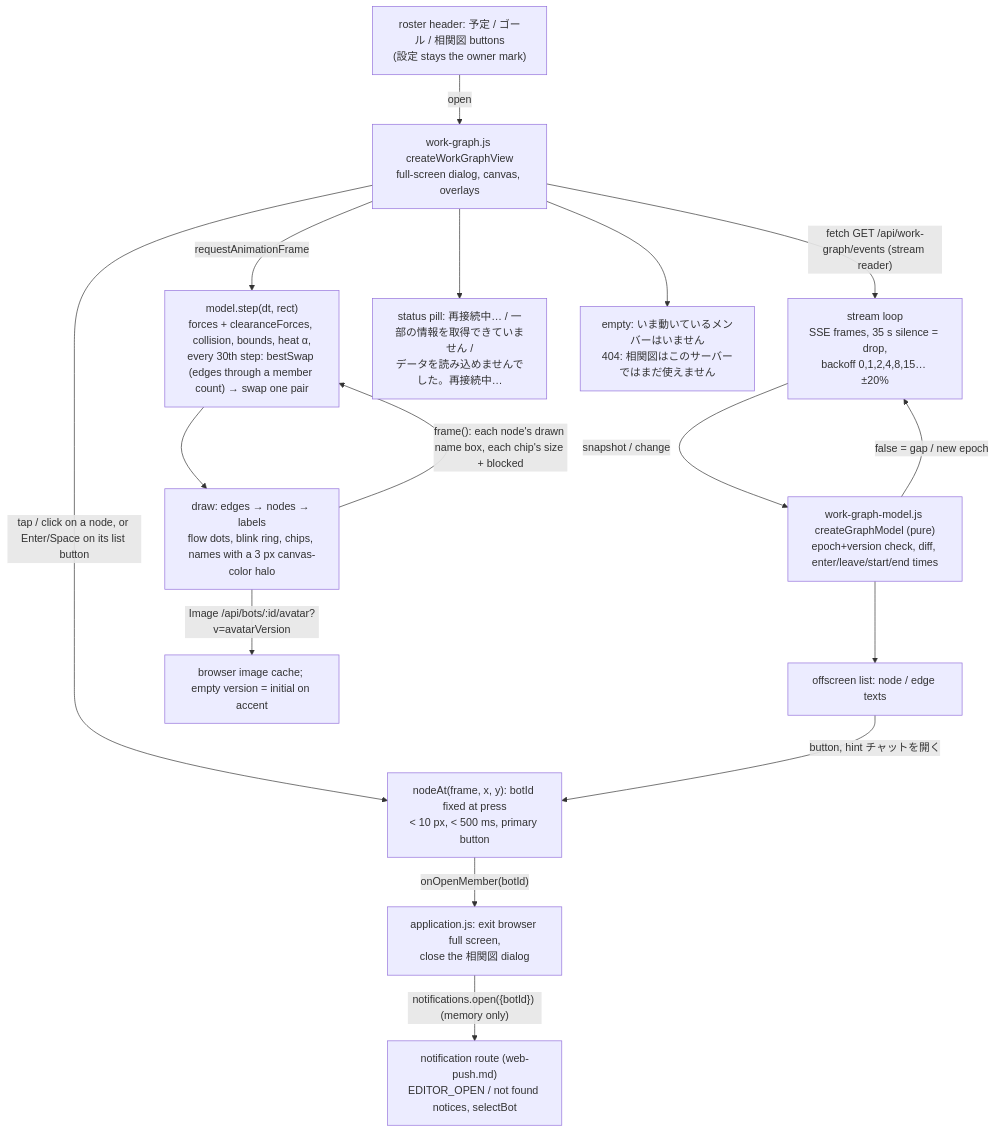
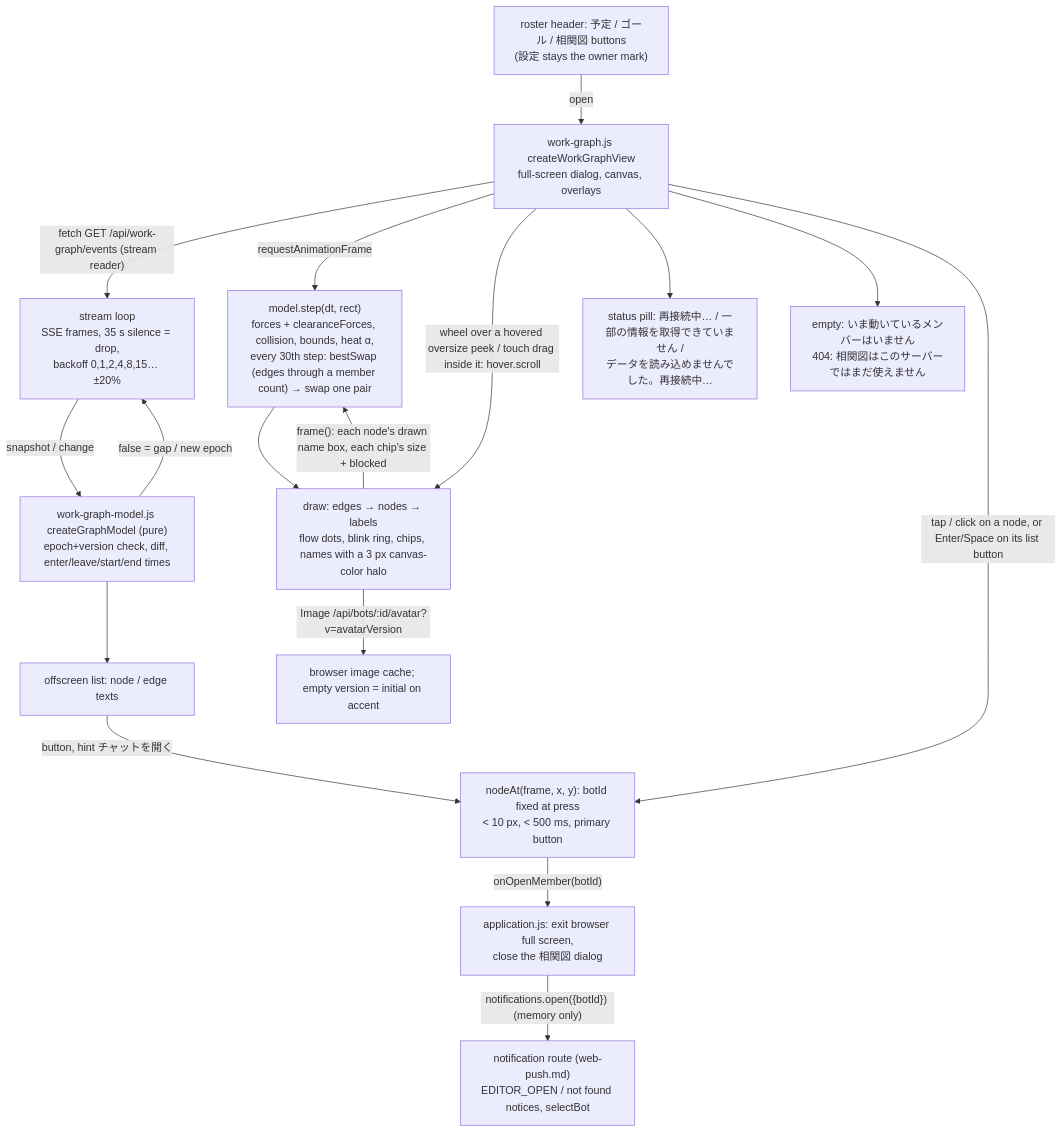
Before and after one commit to kitepon/BellTeam: the diagram in docs/architecture/modules/web/work-graph.md, drawn with Mermaid. The commit also changed other lines of this file and 3 other files, not shown here.

First line of the commit message:
Web work graph: keep chips inside D, oversize chip peek scrolls (spec #909)

````diff
--- a/docs/architecture/modules/web/work-graph.md
+++ b/docs/architecture/modules/web/work-graph.md
@@ -7,18 +7,19 @@
 ```mermaid
 flowchart TD
   Nav["roster header: 予定 / ゴール / 相関図 buttons<br/>(設定 stays the owner mark)"] -->|open| View["work-graph.js createWorkGraphView<br/>full-screen dialog, canvas, overlays"]
   View -->|"fetch GET /api/work-graph/events (stream reader)"| Stream["stream loop<br/>SSE frames, 35 s silence = drop,<br/>backoff 0,1,2,4,8,15… ±20%"]
   Stream -->|snapshot / change| Model["work-graph-model.js createGraphModel (pure)<br/>epoch+version check, diff, enter/leave/start/end times"]
   Model -->|"false = gap / new epoch"| Stream
   View -->|requestAnimationFrame| Step["model.step(dt, rect)<br/>forces + clearanceForces, collision, bounds, heat α,<br/>every 30th step: bestSwap (edges through a member count) → swap one pair"]
   Step --> Draw["draw: edges → nodes → labels<br/>flow dots, blink ring, chips, names with a 3 px canvas-color halo"]
   Draw -->|"frame(): each node's drawn name box, each chip's size + blocked"| Step
+  View -->|"wheel over a hovered oversize peek / touch drag inside it: hover.scroll"| Draw
   Model --> A11y["offscreen list: node / edge texts"]
   View --> Pills["status pill: 再接続中… / 一部の情報を取得できていません /<br/>データを読み込めませんでした。再接続中…"]
   View --> Empty["empty: いま動いているメンバーはいません<br/>404: 相関図はこのサーバーではまだ使えません"]
   Draw -->|"Image /api/bots/:id/avatar?v=avatarVersion"| Avatars["browser image cache; empty version = initial on accent"]
   View -->|"tap / click on a node, or Enter/Space on its list button"| Tap["nodeAt(frame, x, y): botId fixed at press<br/>&lt; 10 px, &lt; 500 ms, primary button"]
   A11y -->|"button, hint チャットを開く"| Tap
   Tap -->|"onOpenMember(botId)"| App["application.js: exit browser full screen,<br/>close the 相関図 dialog"]
   App -->|"notifications.open({botId}) (memory only)"| Route["notification route (web-push.md)<br/>EDITOR_OPEN / not found notices, selectBot"]
 ```
````
